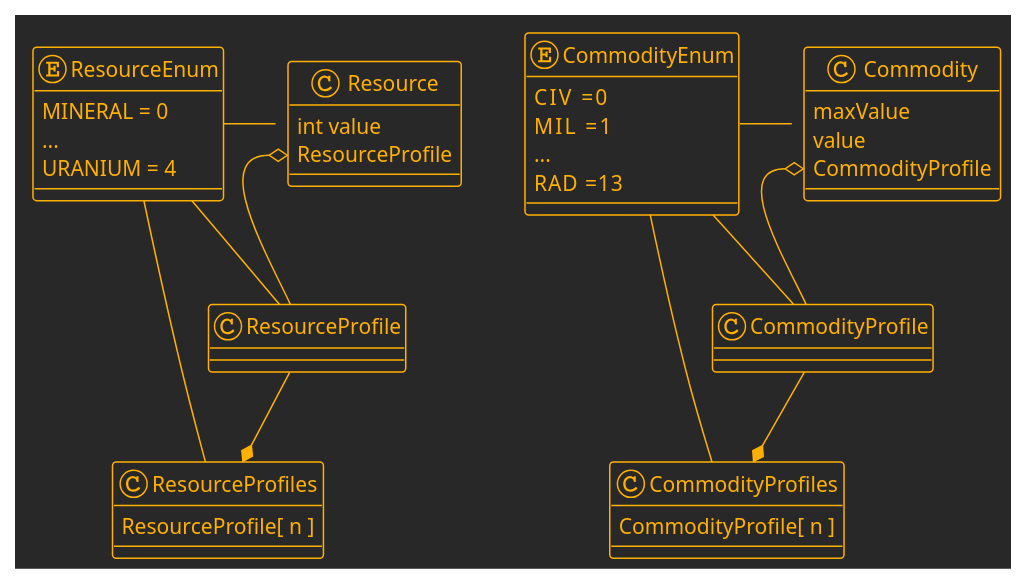
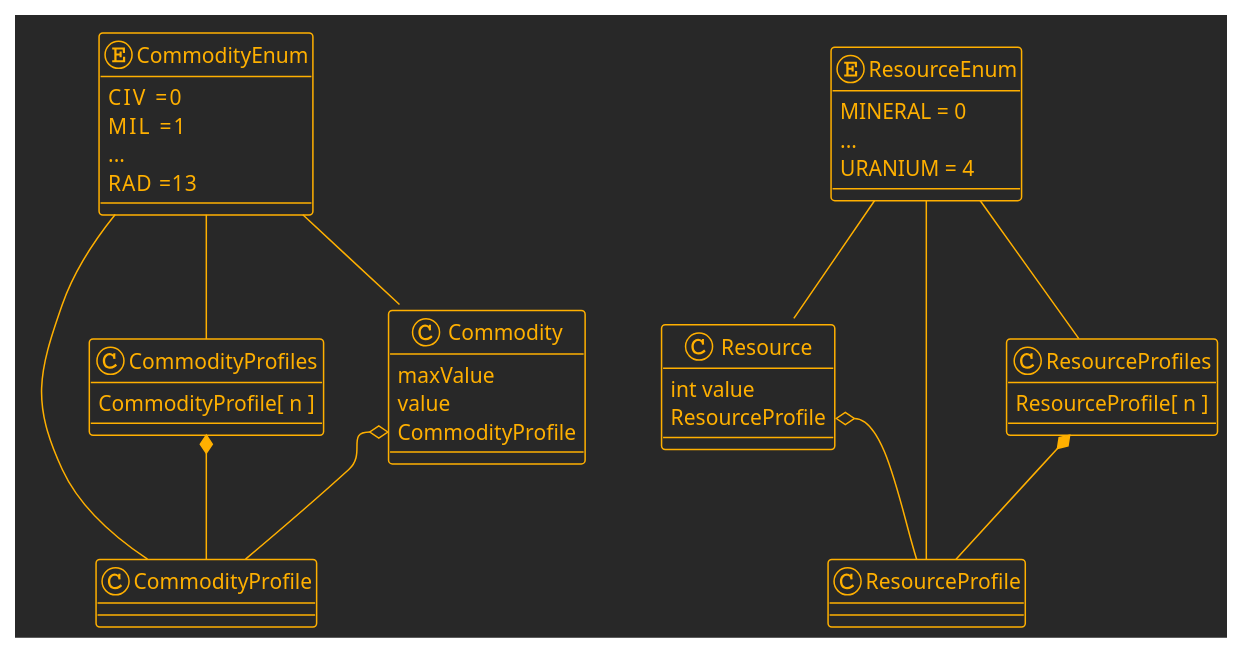
Before and after one commit to marknelsonengineer/empire: the sixth of 10 diagrams in DESIGN_CONCEPTS.md, drawn with PlantUML. The commit also changed other lines of this file and 1 other file, not shown here.

```diff
--- a/DESIGN_CONCEPTS.md
+++ b/DESIGN_CONCEPTS.md
@@ -232,48 +232,48 @@
 @startuml
 !theme crt-amber
 
 enum CommodityEnum {
   CIV   =0
   MIL   =1
   ...
   RAD  =13
 }
 class CommodityProfile
 class CommodityProfiles {
   CommodityProfile[ n ]
 }
 
 class Commodity {
    maxValue
    value
    CommodityProfile
 }
 
-CommodityProfile --*    CommodityProfiles
-Commodity::CommodityProfile        o--    CommodityProfile
-Commodity         -left-     CommodityEnum
-CommodityProfile  -left-     CommodityEnum
-CommodityProfiles -left-     CommodityEnum
+CommodityProfiles           *-- CommodityProfile
+Commodity::CommodityProfile o-- CommodityProfile
+CommodityEnum               --  Commodity        
+CommodityEnum               --  CommodityProfile 
+CommodityEnum               --  CommodityProfiles
 
 class Resource {
    int value
    ResourceProfile
 }
 
 enum ResourceEnum {
   MINERAL = 0
   ...
   URANIUM = 4
 }
 class ResourceProfile
 class ResourceProfiles {
   ResourceProfile[ n ]
 }
 
-ResourceProfile --*    ResourceProfiles
-Resource::ResourceProfile        o--    ResourceProfile
-Resource         -left-     ResourceEnum
-ResourceProfile  -left-     ResourceEnum
-ResourceProfiles -left-     ResourceEnum
+ResourceProfiles          *-- ResourceProfile
+Resource::ResourceProfile o-- ResourceProfile
+ResourceEnum              --  Resource        
+ResourceEnum              --  ResourceProfile 
+ResourceEnum              --  ResourceProfiles
 
 @enduml
```
